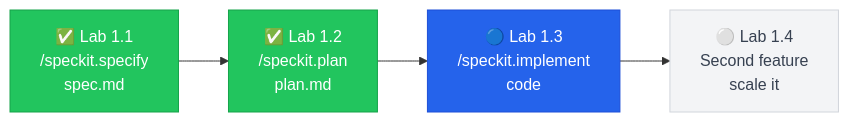
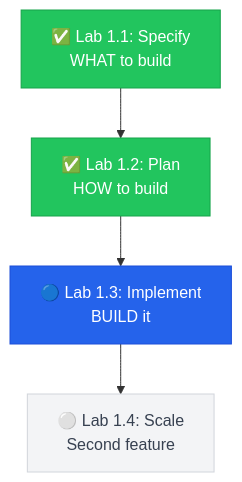
The diagram in labs/lab-1.3-implementation.md (DataStoics/sdd-course-guide), drawn with Mermaid before and after one commit. The commit also changed other lines of this file and 3 other files, not shown here.

Commit message:
fix: Mermaid TB layout, index callout, Lab 1.3 rewrite with natural language flow

````diff
--- a/labs/lab-1.3-implementation.md
+++ b/labs/lab-1.3-implementation.md
@@ -23,11 +23,11 @@
 ```mermaid
-flowchart LR
-    A["✅ Lab 1.1<br/>/speckit.specify<br/>spec.md"] --> B["✅ Lab 1.2<br/>/speckit.plan<br/>plan.md"]
-    B --> C["🔵 Lab 1.3<br/>/speckit.implement<br/>code"]
-    C --> D["⚪ Lab 1.4<br/>Second feature<br/>scale it"]
+flowchart TB
+    A["✅ Lab 1.1: Specify<br/>WHAT to build"] --> B["✅ Lab 1.2: Plan<br/>HOW to build"]
+    B --> C["🔵 Lab 1.3: Implement<br/>BUILD it"]
+    C --> D["⚪ Lab 1.4: Scale<br/>Second feature"]
     
     style A fill:#22c55e,stroke:#16a34a,color:#fff
     style B fill:#22c55e,stroke:#16a34a,color:#fff
     style C fill:#2563eb,stroke:#1d4ed8,color:#fff
     style D fill:#f3f4f6,stroke:#d1d5db,color:#374151
 ```
````
